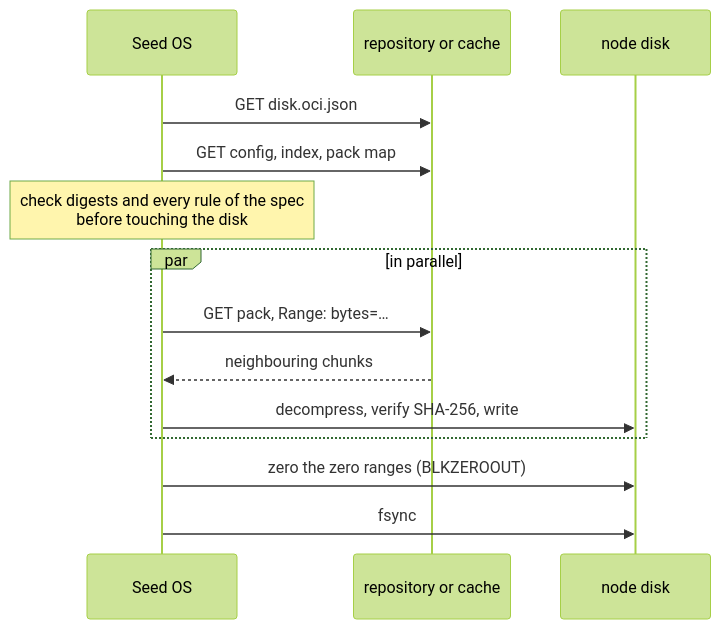
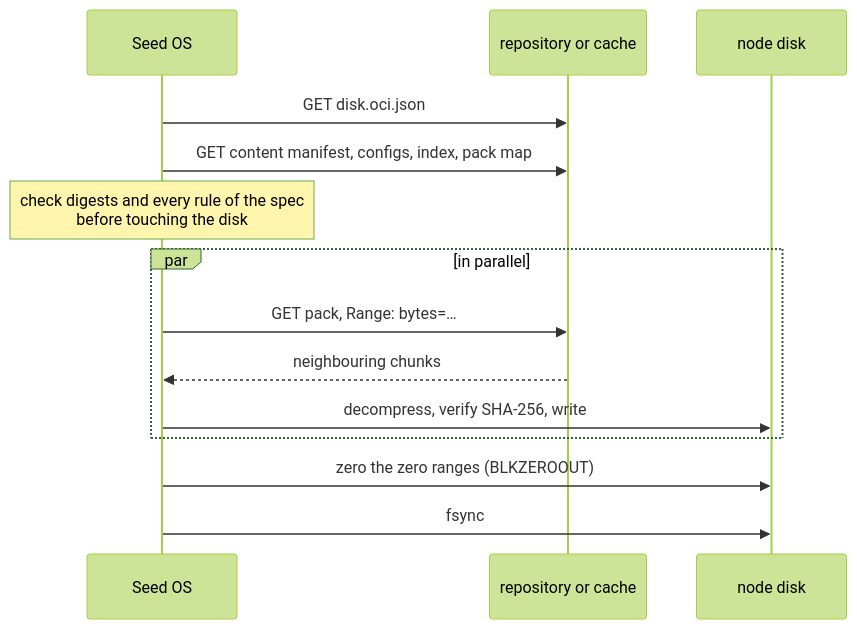
One commit to exordos/exordos_image_format changed the third of 3 diagrams in README.md. Above: the diagram before and after it, drawn with Mermaid (forest theme). The commit also changed other lines of this file and 119 other files, not shown here.

````diff
--- a/README.md
+++ b/README.md
@@ -127,16 +138,16 @@
 ```mermaid
 sequenceDiagram
     participant S as Seed OS
     participant R as repository or cache
     participant D as node disk
     S->>R: GET disk.oci.json
-    S->>R: GET config, index, pack map
+    S->>R: GET content manifest, configs, index, pack map
     Note over S: check digests and every rule of the spec<br/>before touching the disk
     par in parallel
         S->>R: GET pack, Range: bytes=…
         R-->>S: neighbouring chunks
         S->>D: decompress, verify SHA-256, write
     end
     S->>D: zero the zero ranges (BLKZEROOUT)
     S->>D: fsync
 ```
````
